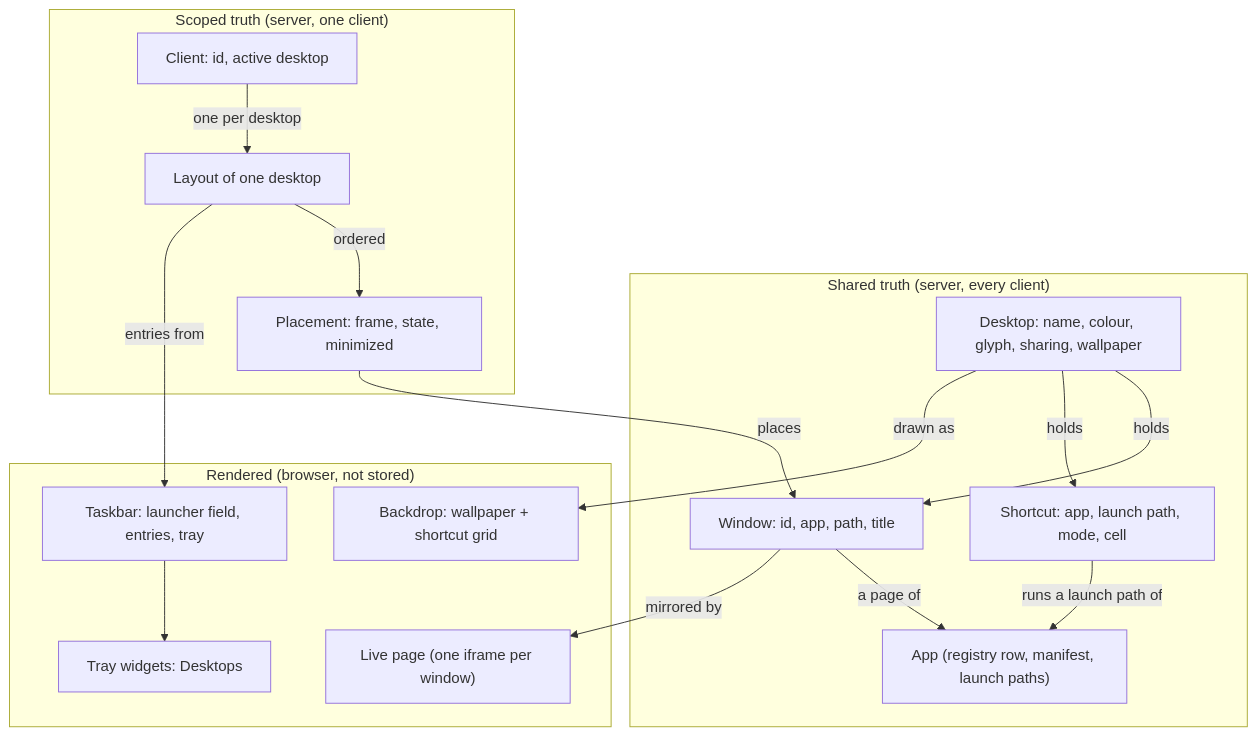
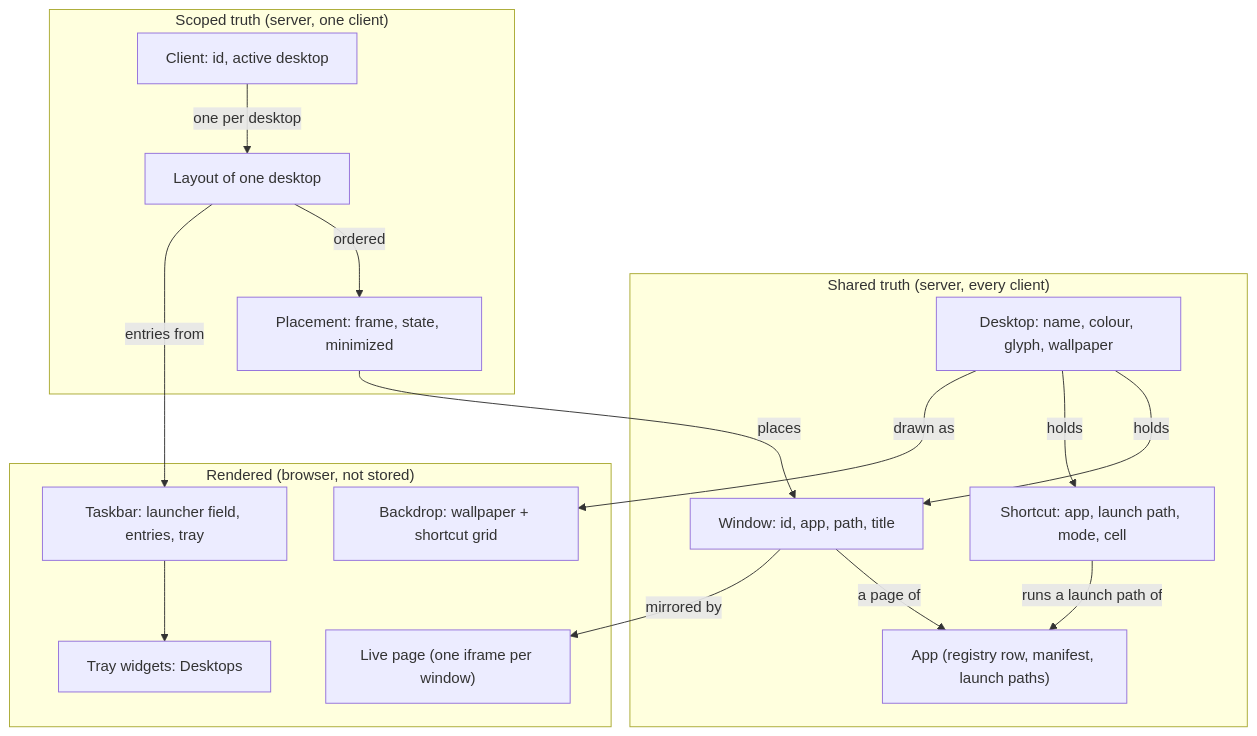
One commit to imbue-ai/default-workspace-template changed the diagram in docs/system/blueprint/desktop-interface/concepts.md. Above: the diagram before and after it, drawn with Mermaid. The commit also changed other lines of this file and 38 other files, not shown here.

First line of the commit message:
Give every visiting user a desktop of their own and drop the sharing mode

````diff
--- a/docs/system/blueprint/desktop-interface/concepts.md
+++ b/docs/system/blueprint/desktop-interface/concepts.md
@@ -145,31 +144,31 @@
 ```mermaid
 flowchart TB
     subgraph shared["Shared truth (server, every client)"]
         App["App (registry row, manifest, launch paths)"]
-        Desktop["Desktop: name, colour, glyph, sharing, wallpaper"]
+        Desktop["Desktop: name, colour, glyph, wallpaper"]
         Window["Window: id, app, path, title"]
         Shortcut["Shortcut: app, launch path, mode, cell"]
     end
     subgraph scoped["Scoped truth (server, one client)"]
         Client["Client: id, active desktop"]
         Layout["Layout of one desktop"]
         Placement["Placement: frame, state, minimized"]
     end
     subgraph rendered["Rendered (browser, not stored)"]
         Backdrop["Backdrop: wallpaper + shortcut grid"]
         Taskbar["Taskbar: launcher field, entries, tray"]
         Tray["Tray widgets: Desktops"]
         Page["Live page (one iframe per window)"]
     end
     Desktop -->|holds| Window
     Desktop -->|holds| Shortcut
     Window -->|a page of| App
     Shortcut -->|runs a launch path of| App
     Client -->|one per desktop| Layout
     Layout -->|ordered| Placement
     Placement -->|places| Window
     Desktop -->|drawn as| Backdrop
     Layout -->|entries from| Taskbar
     Taskbar --> Tray
     Window -->|mirrored by| Page
 ```
````
